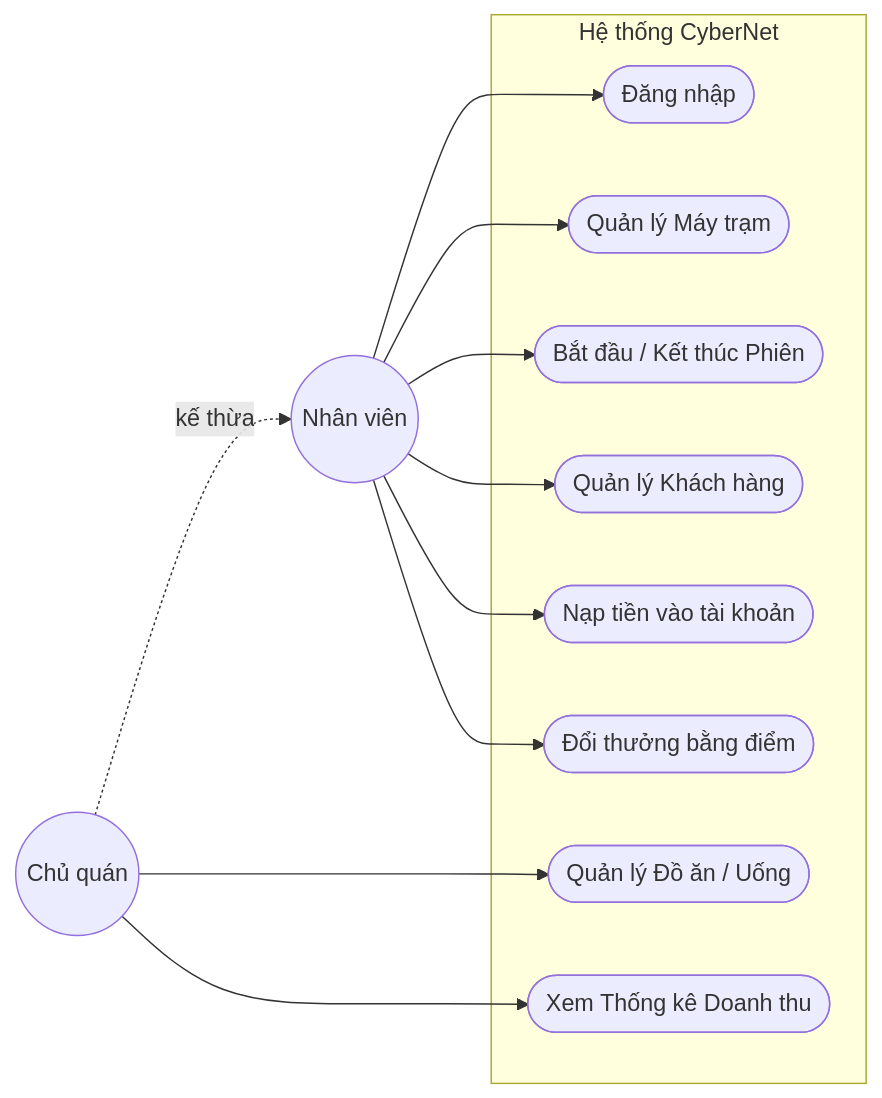
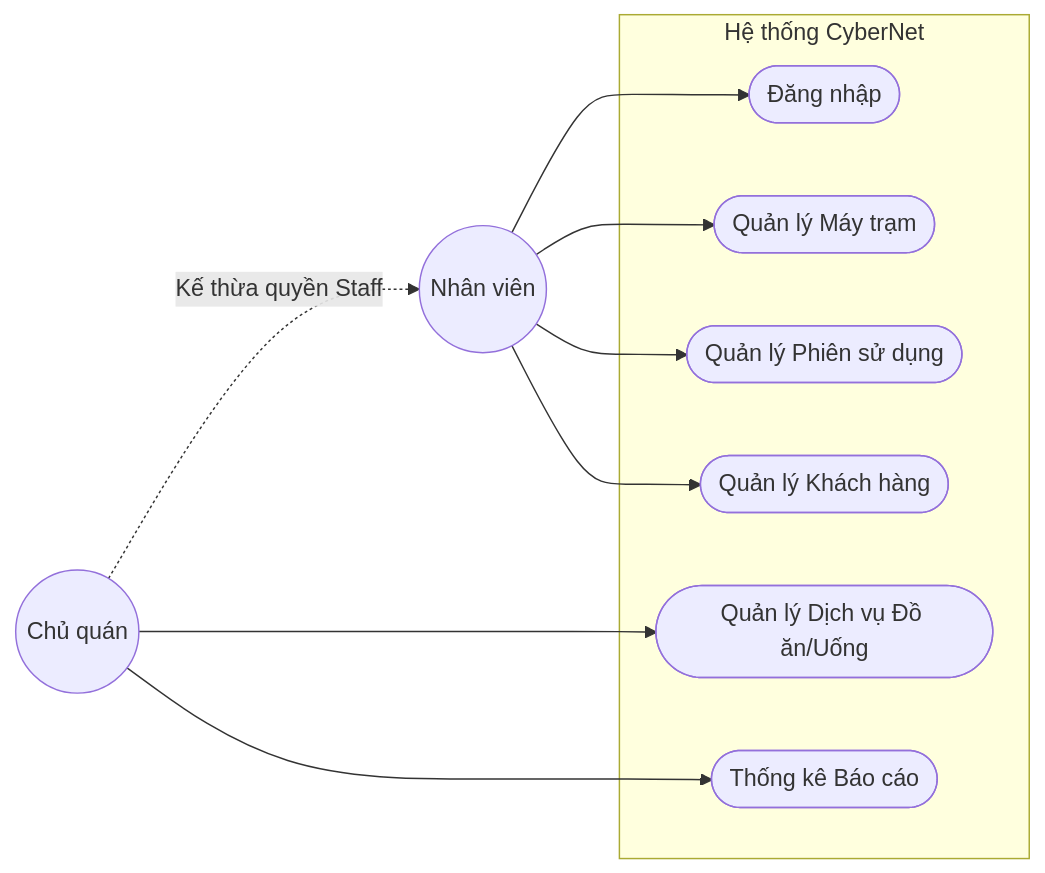
One commit to phhuyen1109/BTL changed the first of 3 diagrams in BaoCao_SAD_CyberNet/Chuong_1_Yeu_Cau.md. Above: the diagram before and after it, drawn with Mermaid. The commit also changed other lines of this file and 3 other files, not shown here.

Commit message:
Bổ sung hàng loạt biểu đồ UML (Activity, State, Deployment)

````diff
--- a/BaoCao_SAD_CyberNet/Chuong_1_Yeu_Cau.md
+++ b/BaoCao_SAD_CyberNet/Chuong_1_Yeu_Cau.md
@@ -46,28 +45,24 @@
 ```mermaid
 flowchart LR
     staff((Nhân viên))
     admin((Chủ quán))
     
-    admin -.->|"kế thừa"| staff
+    admin -.->|"Kế thừa quyền Staff"| staff
     
-    subgraph Hệ thống CyberNet
+    subgraph "Hệ thống CyberNet"
         UC1([Đăng nhập])
         UC2([Quản lý Máy trạm])
-        UC3([Bắt đầu / Kết thúc Phiên])
+        UC3([Quản lý Phiên sử dụng])
         UC4([Quản lý Khách hàng])
-        UC5([Nạp tiền vào tài khoản])
-        UC6([Đổi thưởng bằng điểm])
-        UC7([Quản lý Đồ ăn / Uống])
-        UC8([Xem Thống kê Doanh thu])
+        UC5([Quản lý Dịch vụ Đồ ăn/Uống])
+        UC6([Thống kê Báo cáo])
     end
     
     staff --> UC1
     staff --> UC2
     staff --> UC3
     staff --> UC4
-    staff --> UC5
-    staff --> UC6
     
-    admin --> UC7
-    admin --> UC8
+    admin --> UC5
+    admin --> UC6
 ```
````
